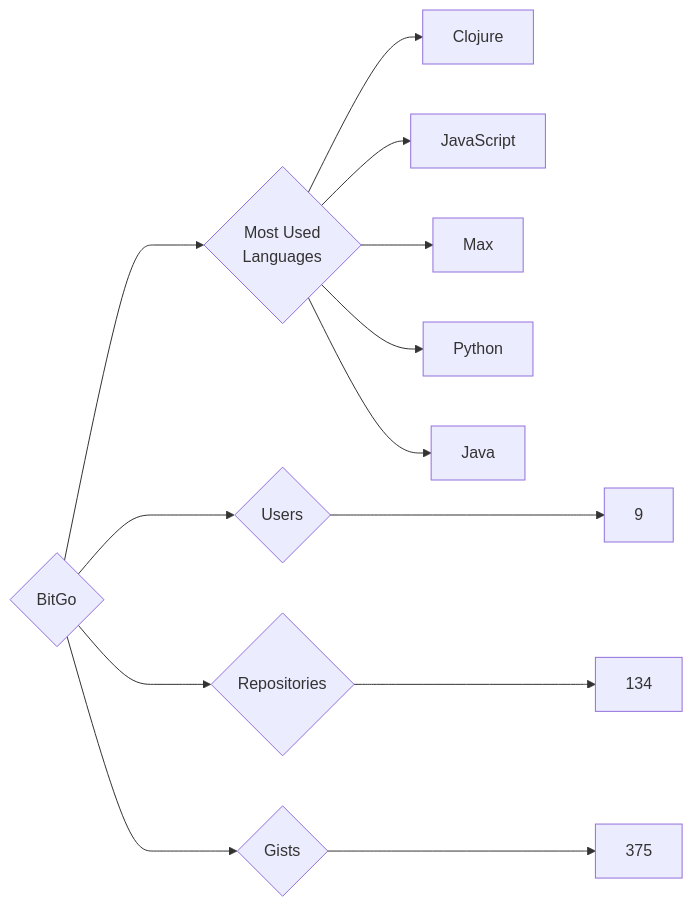
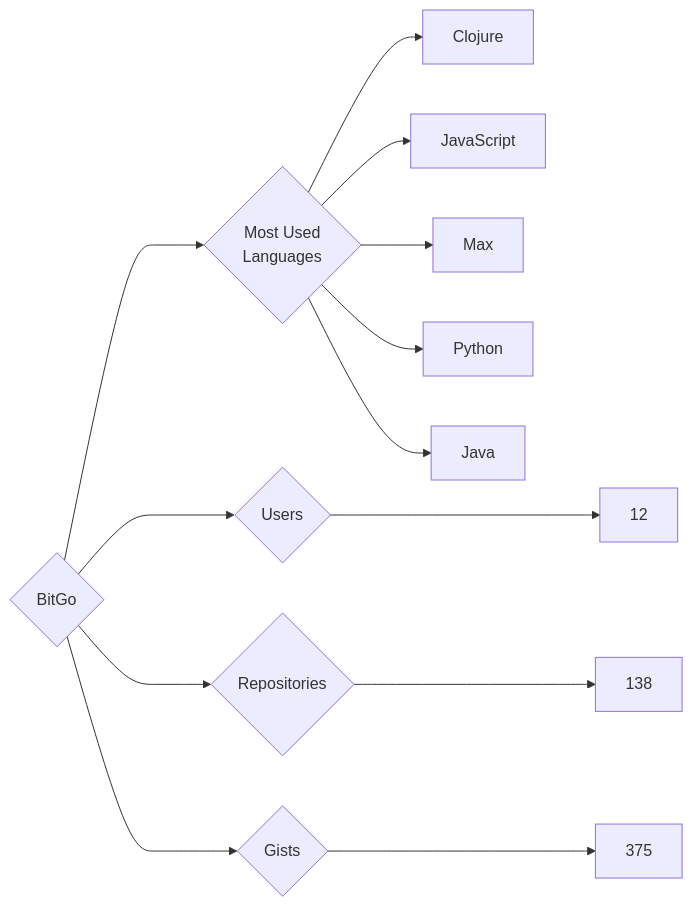
Before and after one commit to trickest/insiders: the diagram in targets/BitGo/README.md, drawn with Mermaid. The commit also changed 1120 other files, not shown here.

````diff
--- a/targets/BitGo/README.md
+++ b/targets/BitGo/README.md
@@ -3,13 +3,13 @@
 ```mermaid
 graph LR
 COMPANY_NAME{BitGo}
-COMPANY_NAME ---> U{Users} ---> UN[9]
-COMPANY_NAME ---> R{Repositories} ---> RN[134]
+COMPANY_NAME ---> U{Users} ---> UN[12]
+COMPANY_NAME ---> R{Repositories} ---> RN[138]
 COMPANY_NAME ---> G{Gists} ---> GN[375]
 COMPANY_NAME ---> ML{Most Used<br>Languages}
 ML --> Clojure[Clojure]
 ML --> JavaScript[JavaScript]
 ML --> Max[Max]
 ML --> Python[Python]
 ML --> Java[Java]
 ```
````
